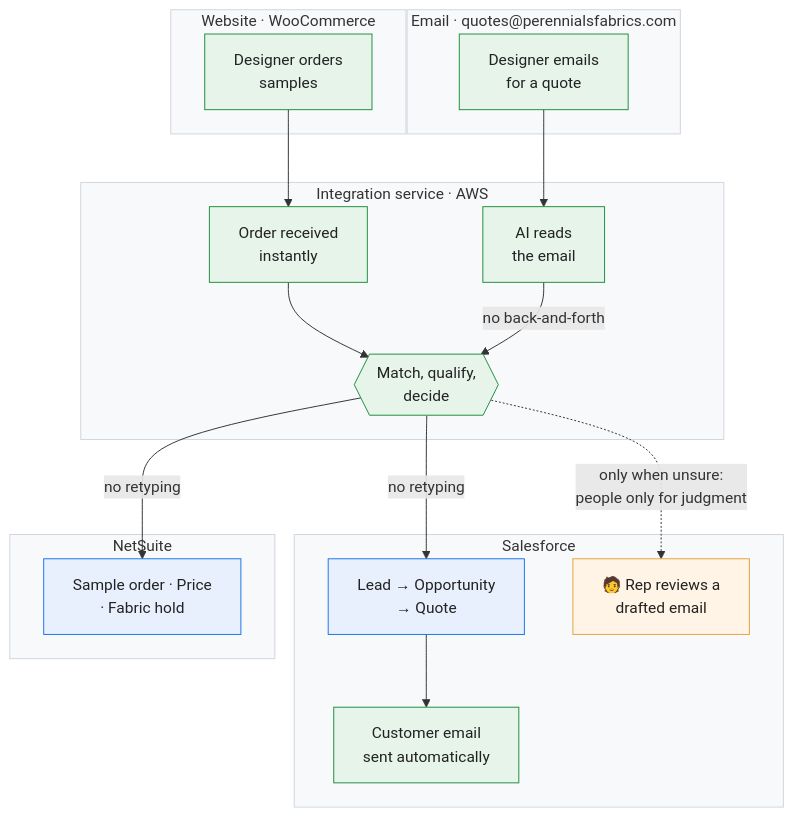
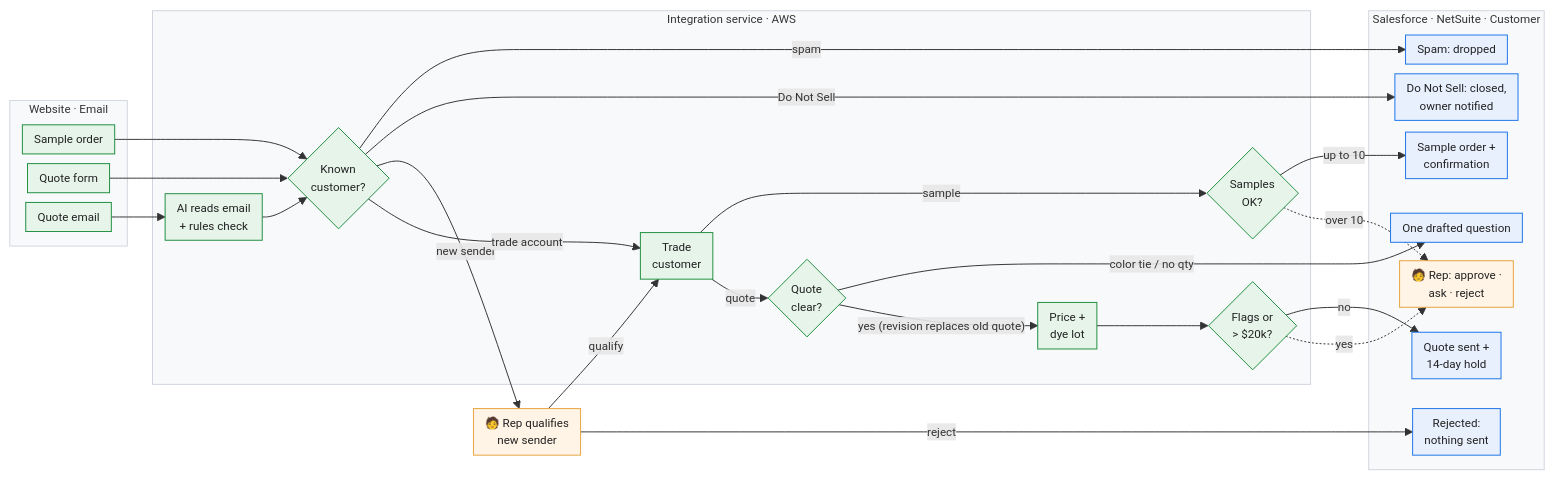
Before and after one commit to bennettdavisv2/perennials-sample-to-quote: the second of 2 diagrams in README.md, drawn with Mermaid. The commit also changed other lines of this file and 16 other files, not shown here.

First line of the commit message:
Make qualification manual for new senders; compact all-paths diagram

````diff
--- a/README.md
+++ b/README.md
@@ -26,39 +26,54 @@
 ```mermaid
-flowchart TB
-  subgraph WEB["Website · WooCommerce"]
-    s1["Designer orders<br/>samples"]
+%%{init: {"flowchart": {"nodeSpacing": 10, "rankSpacing": 26, "padding": 6}, "themeVariables": {"fontSize": "12px"}}}%%
+flowchart LR
+  subgraph IN["Website · Email"]
+    a1["Sample order"]
+    a2["Quote form"]
+    a3["Quote email"]
   end
-  subgraph MAIL["Email · quotes@perennialsfabrics.com"]
-    q1["Designer emails<br/>for a quote"]
+  subgraph AWS["Integration service · AWS"]
+    ai["AI reads email<br/>+ rules check"]
+    q{"Known<br/>customer?"}
+    t["Trade<br/>customer"]
+    s{"Samples<br/>OK?"}
+    c{"Quote<br/>clear?"}
+    p["Price +<br/>dye lot"]
+    f{"Flags or<br/>> $20k?"}
   end
-  subgraph INT["Integration service · AWS"]
-    wh["Order received<br/>instantly"]
-    ai["AI reads<br/>the email"]
-    dec{{"Match, qualify,<br/>decide"}}
+  rq["🧑 Rep qualifies<br/>new sender"]
+  subgraph OUT["Salesforce · NetSuite · Customer"]
+    x1["Spam: dropped"]
+    x2["Do Not Sell: closed,<br/>owner notified"]
+    x4["Rejected:<br/>nothing sent"]
+    so["Sample order +<br/>confirmation"]
+    qa["One drafted question"]
+    ok["Quote sent +<br/>14-day hold"]
+    rv["🧑 Rep: approve ·<br/>ask · reject"]
   end
-  subgraph SF["Salesforce"]
-    sf1["Lead → Opportunity<br/>→ Quote"]
-    em["Customer email<br/>sent automatically"]
-    rv["🧑 Rep reviews a<br/>drafted email"]
-  end
-  subgraph NS["NetSuite"]
-    ns1["Sample order · Price<br/>· Fabric hold"]
-  end
-  s1 --> wh --> dec
-  q1 --> ai -- "no back-and-forth" --> dec
-  dec -- "no retyping" --> sf1
-  dec -- "no retyping" --> ns1
-  sf1 --> em
-  dec -. "only when unsure:<br/>people only for judgment" .-> rv
+  a3 --> ai --> q
+  a1 --> q
+  a2 --> q
+  q -- spam --> x1
+  q -- Do Not Sell --> x2
+  q -- new sender --> rq
+  rq -- reject --> x4
+  q -- "trade account" --> t
+  rq -- qualify --> t
+  t -- sample --> s
+  t -- quote --> c
+  s -- "up to 10" --> so
+  s -. "over 10" .-> rv
+  c -- "color tie / no qty" --> qa
+  c -- "yes (revision replaces old quote)" --> p --> f
+  f -- no --> ok
+  f -. yes .-> rv
   classDef auto fill:#e6f4ea,stroke:#1e8e3e,color:#222
   classDef human fill:#fff4e5,stroke:#e8a33d,color:#222
   classDef sys fill:#e8f0fe,stroke:#1a73e8,color:#222
-  class s1,q1,wh,ai,dec,em auto
-  class rv human
-  class sf1,ns1 sys
-  style WEB fill:#f8f9fb,stroke:#d0d5dd
-  style MAIL fill:#f8f9fb,stroke:#d0d5dd
-  style INT fill:#f8f9fb,stroke:#d0d5dd
-  style SF fill:#f8f9fb,stroke:#d0d5dd
-  style NS fill:#f8f9fb,stroke:#d0d5dd
+  class a1,a2,a3,ai,q,t,s,c,p,f auto
+  class so,ok,x1,x2,x4,qa sys
+  class rq,rv human
+  style IN fill:#f8f9fb,stroke:#d0d5dd
+  style AWS fill:#f8f9fb,stroke:#d0d5dd
+  style OUT fill:#f8f9fb,stroke:#d0d5dd
 ```
````
